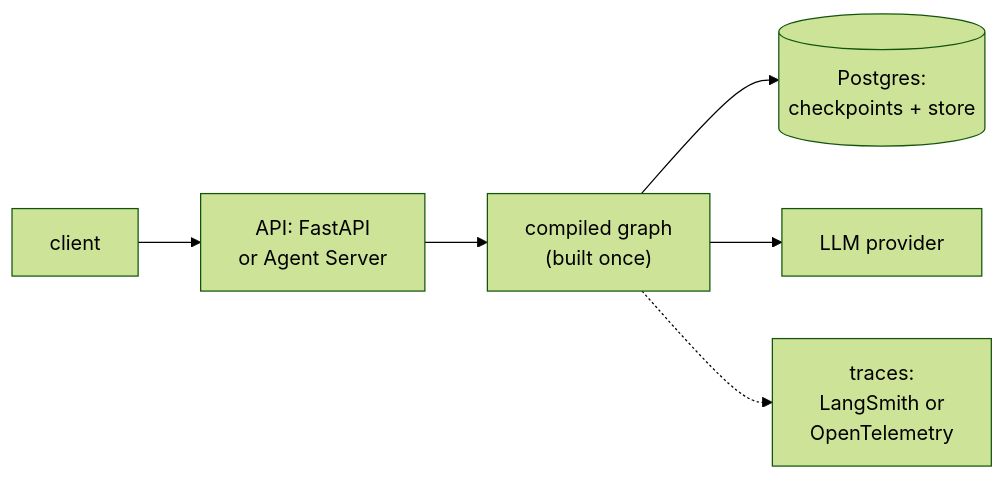
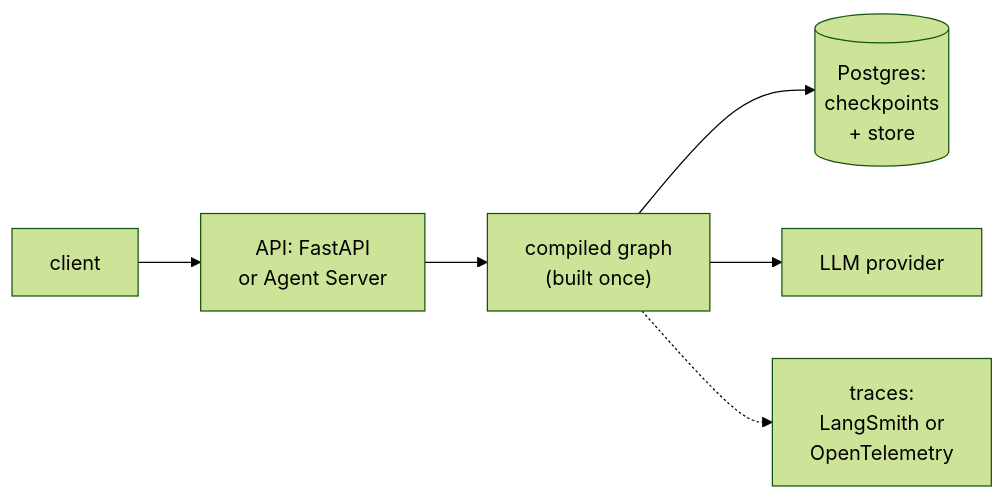
One commit to shubamchaudhary/CodeNITW changed the ninth of 9 diagrams in src/Data/aiStackDocs/CH-14.md. Above: the diagram before and after it, drawn with Mermaid (forest theme). The commit also changed other lines of this file and 7 other files, not shown here.

````diff
--- a/src/Data/aiStackDocs/CH-14.md
+++ b/src/Data/aiStackDocs/CH-14.md
@@ -303,8 +327,8 @@
 ```mermaid
 flowchart LR
     C["client"] --> A["API: FastAPI<br/>or Agent Server"]
     A --> G["compiled graph<br/>(built once)"]
-    G --> P[("Postgres:<br/>checkpoints + store")]
+    G --> P[("Postgres:<br/>checkpoints<br/>+ store")]
     G --> L["LLM provider"]
     G -.-> T["traces:<br/>LangSmith or<br/>OpenTelemetry"]
 ```
````
